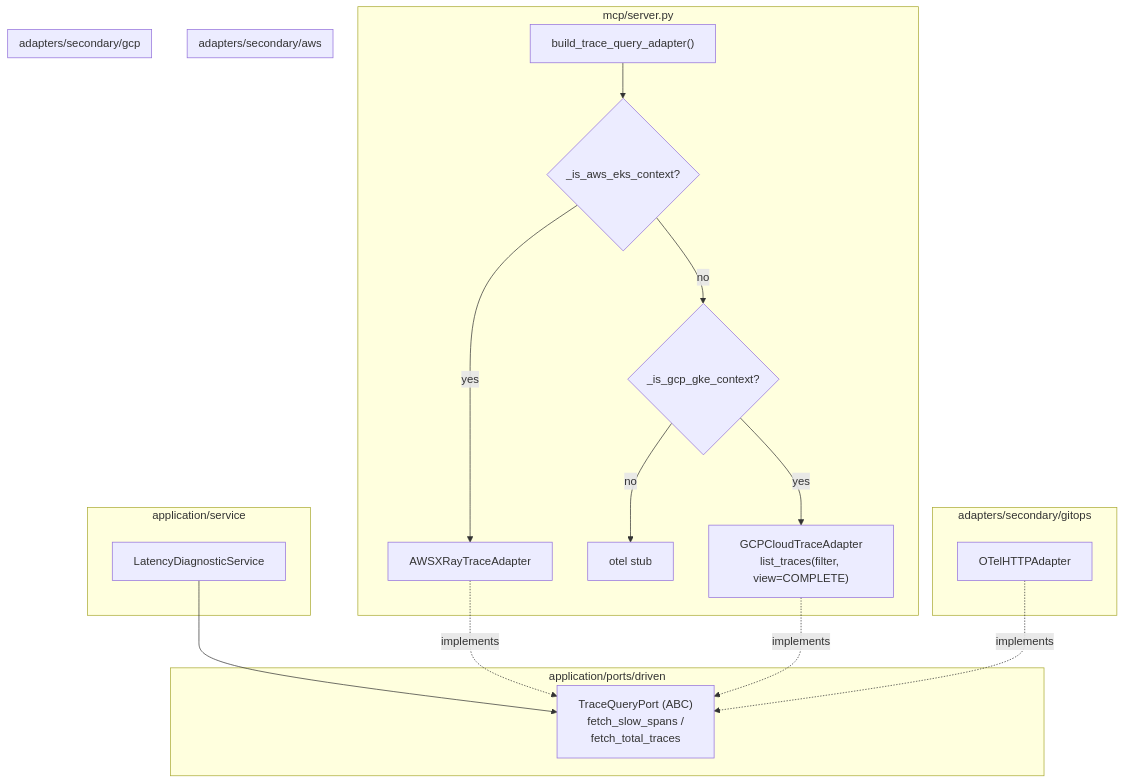
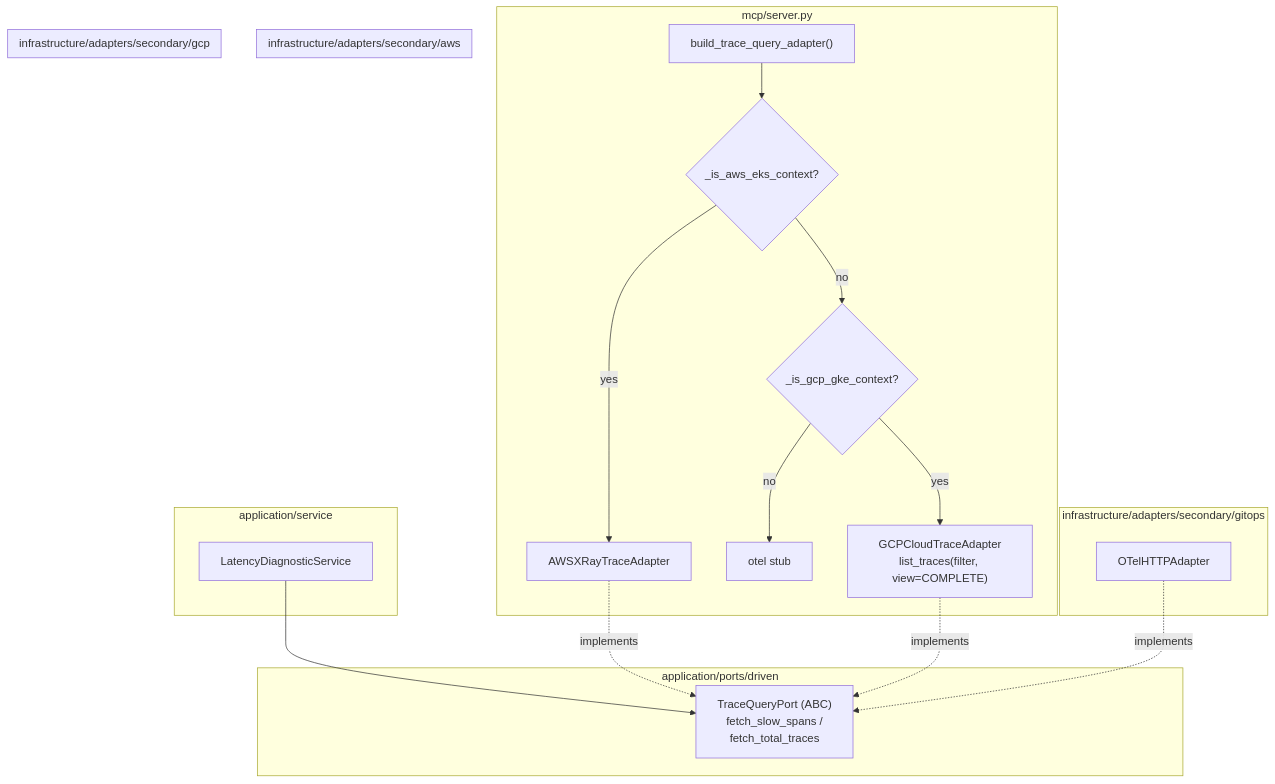
One commit to hexa-tools/hexawyn changed the diagram in docs/architecture/diagrams/components/gcp-cloud-trace-provider-aware.md. Above: the diagram before and after it, drawn with Mermaid. The commit also changed other lines of this file and 7533 other files, not shown here.

````diff
--- a/docs/architecture/diagrams/components/gcp-cloud-trace-provider-aware.md
+++ b/docs/architecture/diagrams/components/gcp-cloud-trace-provider-aware.md
@@ -8,38 +8,38 @@
 ```mermaid
 flowchart TB
     subgraph Service["application/service"]
         LAT["LatencyDiagnosticService"]
     end
 
     subgraph Port["application/ports/driven"]
         TQP["TraceQueryPort (ABC)<br/>fetch_slow_spans /<br/>fetch_total_traces"]
     end
 
     subgraph Wiring["mcp/server.py"]
         BUILD["build_trace_query_adapter()"]
         ISAWS{"_is_aws_eks_context?"}
         ISGKE{"_is_gcp_gke_context?"}
         BUILD --> ISAWS
         ISAWS -->|"no"| ISGKE
         ISAWS -->|"yes"| XRAY
         ISGKE -->|"no"| OTEL["otel stub"]
         ISGKE -->|"yes"| GCT
     end
 
-    subgraph AWS["adapters/secondary/aws"]
+    subgraph AWS["infrastructure/adapters/secondary/aws"]
         XRAY["AWSXRayTraceAdapter"]
     end
 
-    subgraph GCP["adapters/secondary/gcp"]
+    subgraph GCP["infrastructure/adapters/secondary/gcp"]
         GCT["GCPCloudTraceAdapter<br/>list_traces(filter, view=COMPLETE)"]
     end
 
-    subgraph OTel["adapters/secondary/gitops"]
+    subgraph OTel["infrastructure/adapters/secondary/gitops"]
         OTEL2["OTelHTTPAdapter"]
     end
 
     LAT --> TQP
     XRAY -.implements.-> TQP
     GCT -.implements.-> TQP
     OTEL2 -.implements.-> TQP
 ```
````
